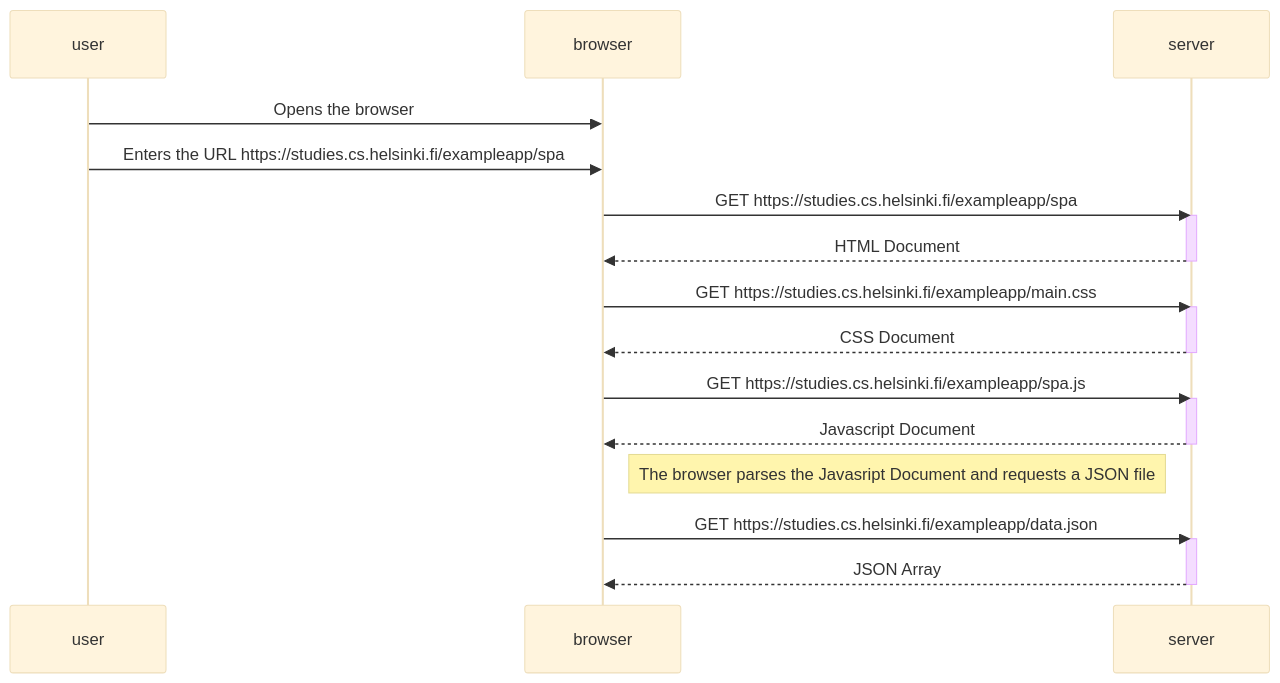
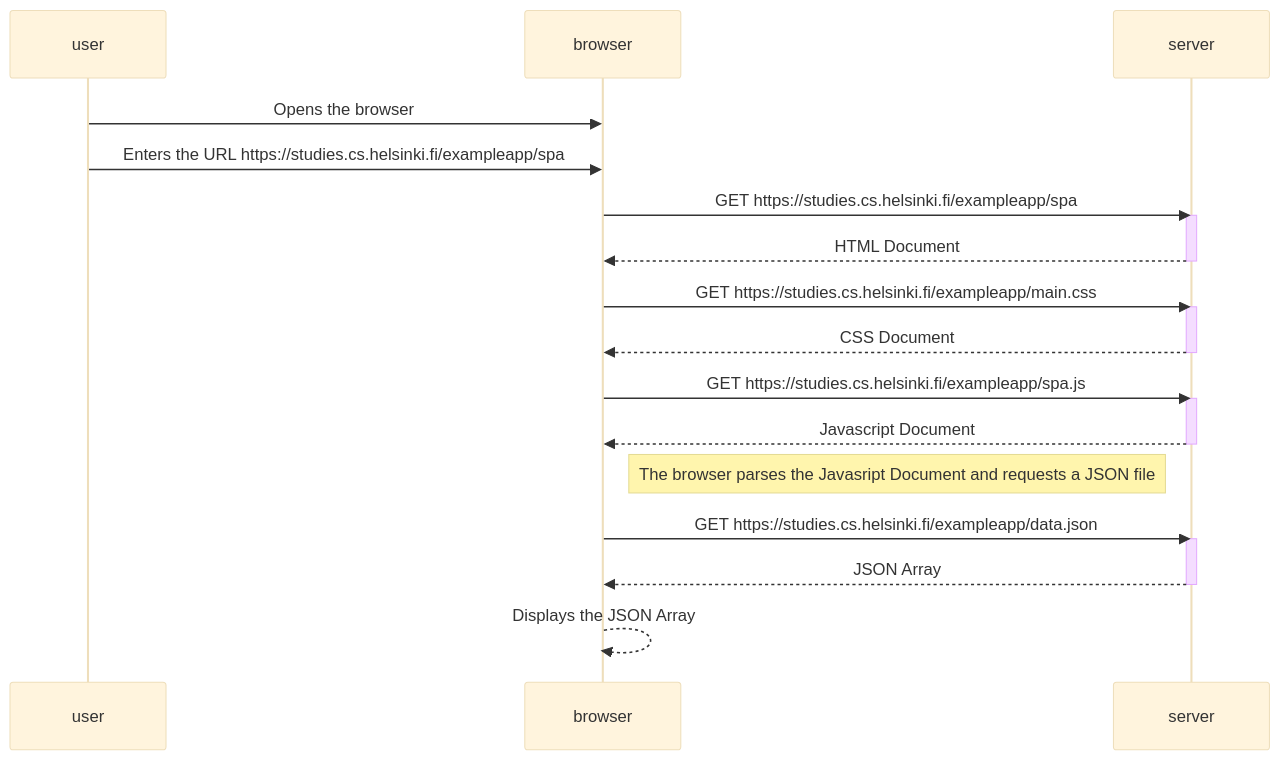
One commit to 24Akshat/fullstackopen changed the diagram in part0.5.md. Above: the diagram before and after it, drawn with Mermaid (base theme).

````diff
--- a/part0.5.md
+++ b/part0.5.md
@@ -1,29 +1,31 @@
 ```mermaid
 sequenceDiagram
     participant user
     participant browser
     participant server
 
     user ->> browser : Opens the browser
     user ->> browser : Enters the URL https://studies.cs.helsinki.fi/exampleapp/spa
     browser ->> server : GET https://studies.cs.helsinki.fi/exampleapp/spa
     activate server
     server -->> browser : HTML Document
     deactivate server
 
     browser ->> server : GET https://studies.cs.helsinki.fi/exampleapp/main.css
     activate server
     server -->> browser : CSS Document
     deactivate server
 
     browser ->> server : GET https://studies.cs.helsinki.fi/exampleapp/spa.js
     activate server
     server -->> browser : Javascript Document
     deactivate server
 
     Note right of browser : The browser parses the Javasript Document and requests a JSON file
     browser ->> server : GET https://studies.cs.helsinki.fi/exampleapp/data.json
     activate server
     server -->> browser : JSON Array
     deactivate server
+
+    browser -->> browser : Displays the JSON Array
 ```
````
